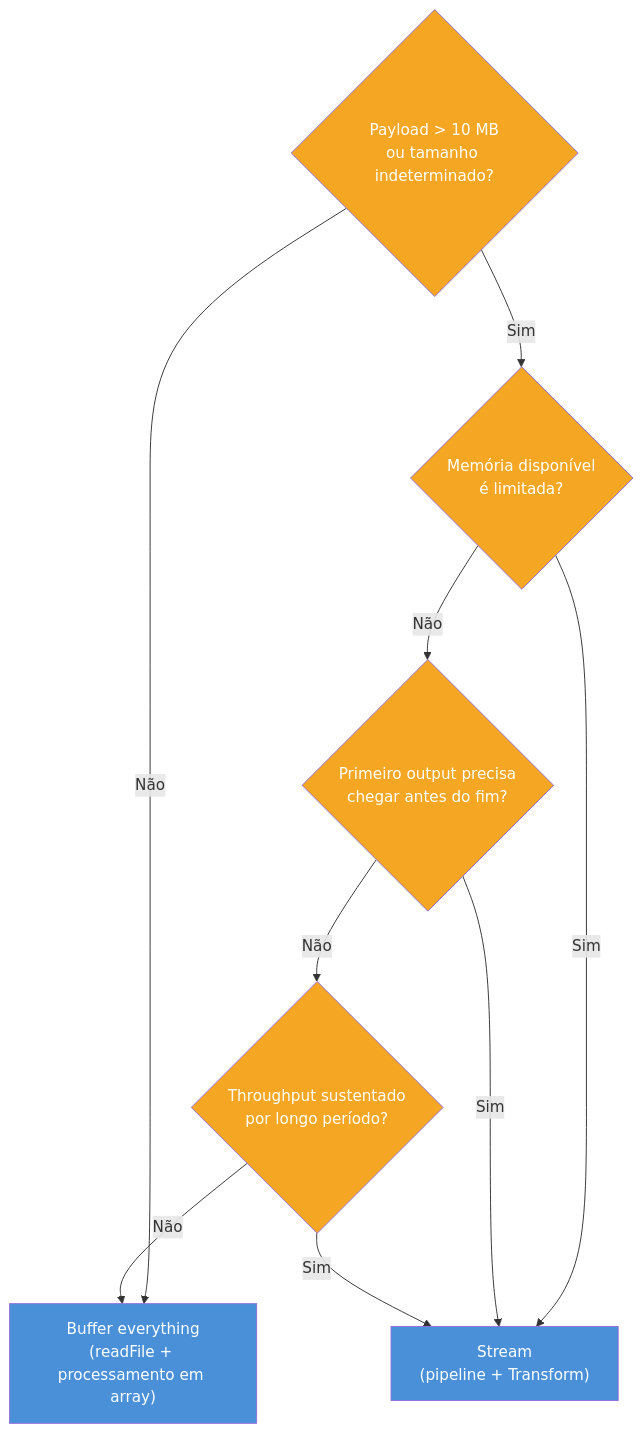
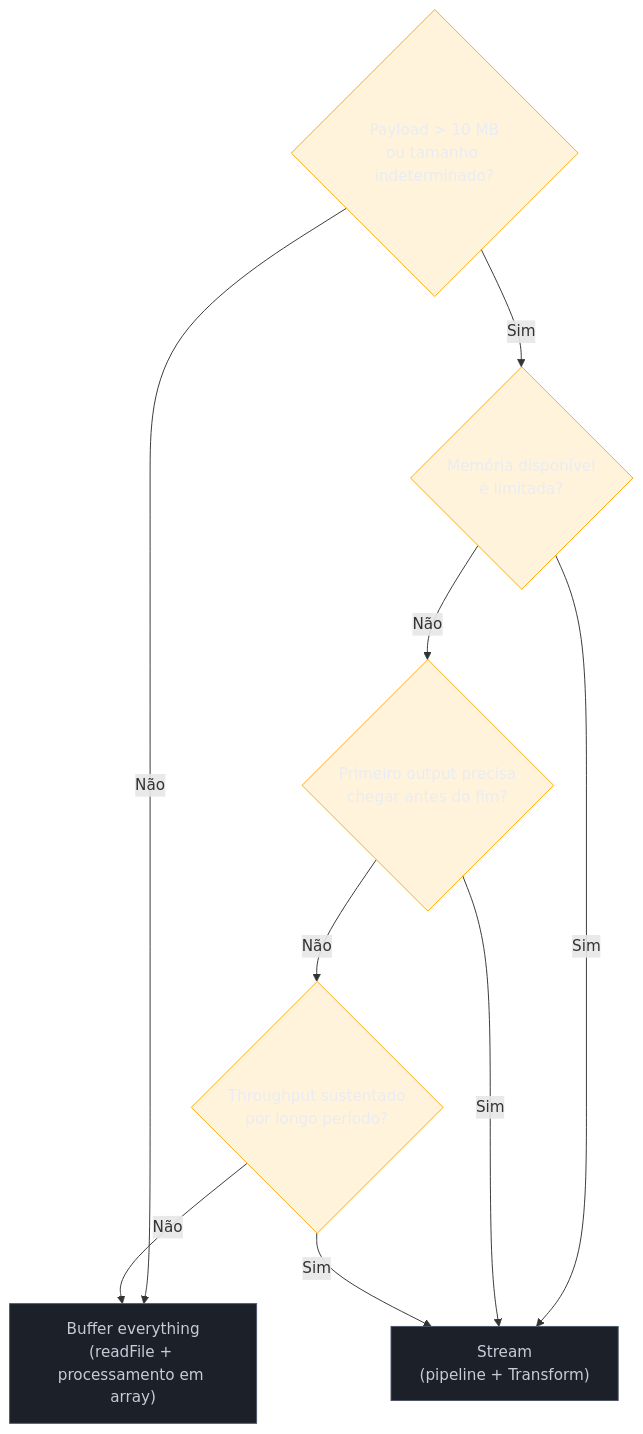
Before and after one commit to josenaldo/codex-technomanticus: the diagram in 03-Dominios/Tecnologia/Node/Streams/11 - Performance e tuning.md, drawn with Mermaid. The commit also changed 1181 other files, not shown here.

First line of the commit message:
fix(diagramas): paleta do sistema no lugar de cor cravada no markdown

````diff
--- a/03-Dominios/Tecnologia/Node/Streams/11 - Performance e tuning.md
+++ b/03-Dominios/Tecnologia/Node/Streams/11 - Performance e tuning.md
@@ -38,25 +38,27 @@
 ```mermaid
 flowchart TD
+    classDef destaque fill:#FFAA0024,stroke:#FFAA00,color:#E9ECF2
+    classDef neutro fill:#1B2029,stroke:#4E5666,color:#C6CCD8
     A{"Payload > 10 MB\nou tamanho indeterminado?"}
     B["Buffer everything\n(readFile + processamento em array)"]
     C{"Memória disponível\né limitada?"}
     D["Stream\n(pipeline + Transform)"]
     E{"Primeiro output precisa\nchegar antes do fim?"}
     F{"Throughput sustentado\npor longo período?"}
 
     A -->|Não| B
     A -->|Sim| C
     C -->|Sim| D
     C -->|Não| E
     E -->|Sim| D
     E -->|Não| F
     F -->|Sim| D
     F -->|Não| B
 
-    style A fill:#F5A623,color:#fff
-    style C fill:#F5A623,color:#fff
-    style E fill:#F5A623,color:#fff
-    style F fill:#F5A623,color:#fff
-    style B fill:#4A90D9,color:#fff
-    style D fill:#4A90D9,color:#fff
+    class A destaque
+    class C destaque
+    class E destaque
+    class F destaque
+    class B neutro
+    class D neutro
 ```
````
